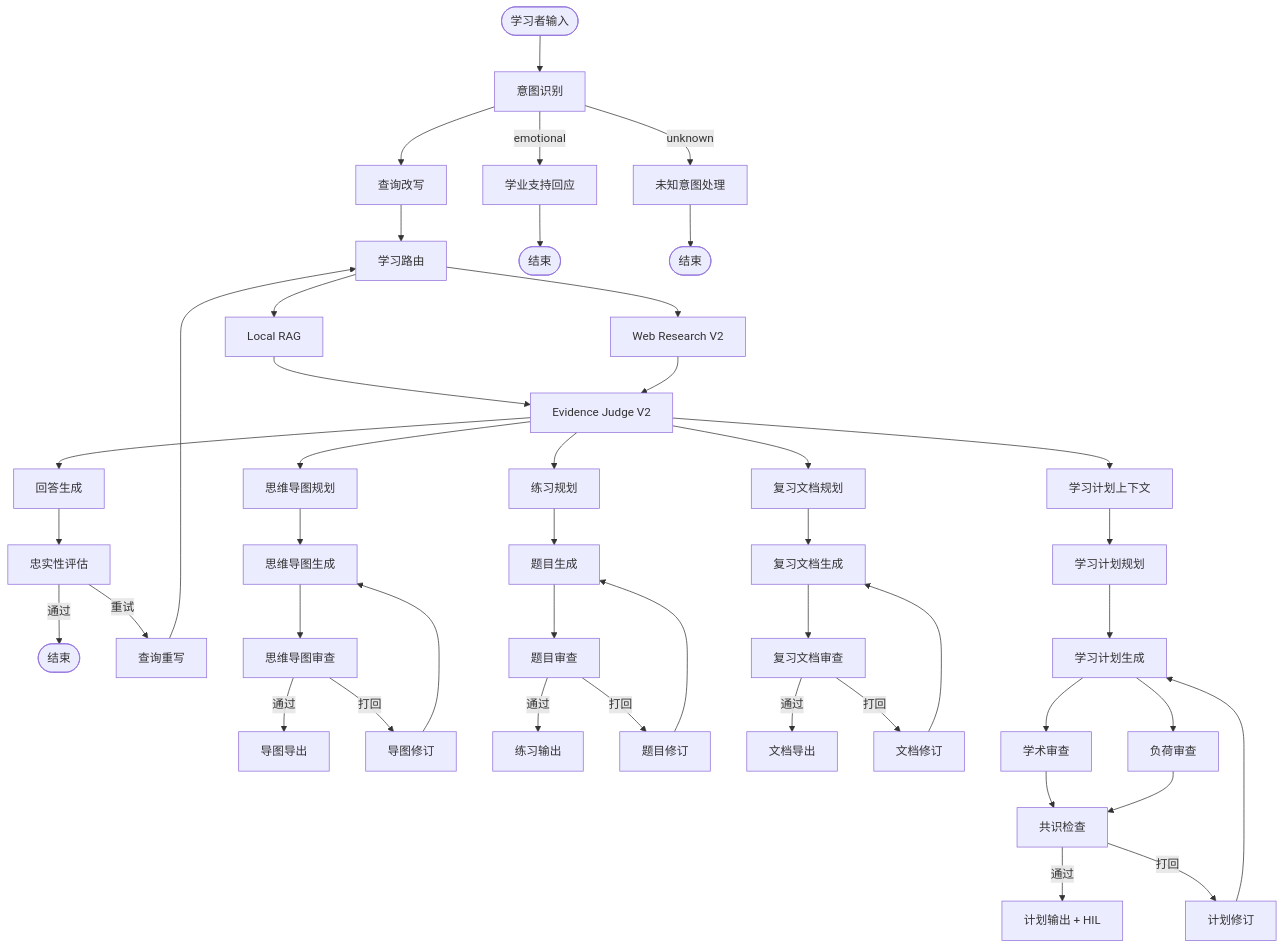
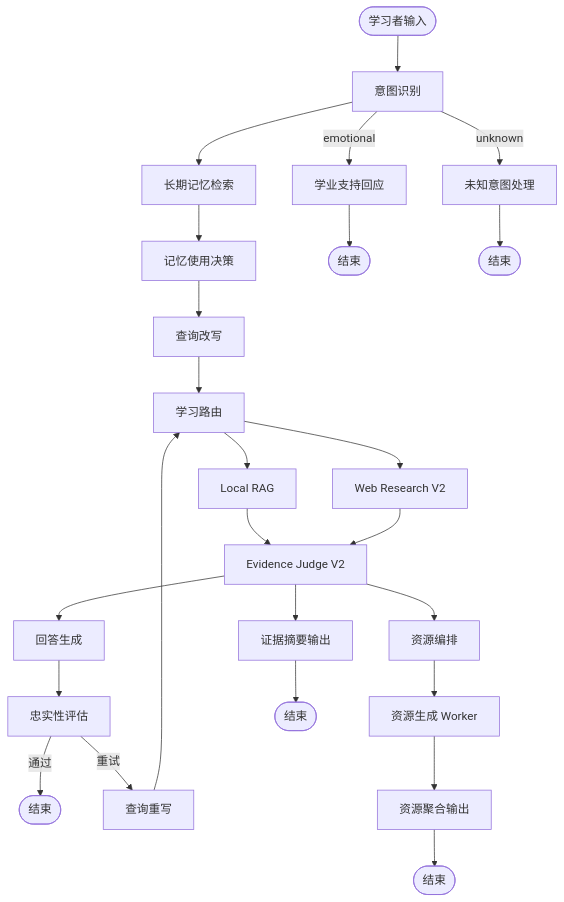
The diagram in README.md (kyle-1227/A3_study_agent), drawn with Mermaid before and after one commit. The commit also changed other lines of this file and 53 other files, not shown here.

````diff
--- a/README.md
+++ b/README.md
@@ -42,56 +42,33 @@
 ```mermaid
 graph TD
   START([学习者输入]) --> supervisor[意图识别]
 
-  supervisor --> search_query_rewriter[查询改写]
+  supervisor --> episodic_memory_retriever[长期记忆检索]
   supervisor -->|emotional| emotional_response[学业支持回应]
   supervisor -->|unknown| handle_unknown[未知意图处理]
 
+  episodic_memory_retriever --> memory_use_decider[记忆使用决策]
+  memory_use_decider --> search_query_rewriter[查询改写]
   search_query_rewriter --> academic_router[学习路由]
   academic_router --> rag_retrieve[Local RAG]
   academic_router --> web_search[Web Research V2]
   rag_retrieve --> evidence_judge[Evidence Judge V2]
   web_search --> evidence_judge
 
   evidence_judge --> generate_answer[回答生成]
-  evidence_judge --> mindmap_planner[思维导图规划]
-  evidence_judge --> exercise_planner[练习规划]
-  evidence_judge --> review_doc_planner[复习文档规划]
-  evidence_judge --> study_plan_emotional_intel[学习计划上下文]
+  evidence_judge --> resource_orchestrator[资源编排]
+  evidence_judge --> evidence_summary_output[证据摘要输出]
 
   generate_answer --> evaluate_hallucination[忠实性评估]
   evaluate_hallucination -->|通过| END_A([结束])
   evaluate_hallucination -->|重试| rewrite_query[查询重写]
   rewrite_query --> academic_router
 
-  mindmap_planner --> mindmap_agent[思维导图生成]
-  mindmap_agent --> mindmap_reviewer[思维导图审查]
-  mindmap_reviewer -->|通过| mindmap_output[导图导出]
-  mindmap_reviewer -->|打回| mindmap_rewrite[导图修订]
-  mindmap_rewrite --> mindmap_agent
-
-  exercise_planner --> exercise_agent[题目生成]
-  exercise_agent --> exercise_reviewer[题目审查]
-  exercise_reviewer -->|通过| exercise_output[练习输出]
-  exercise_reviewer -->|打回| exercise_rewrite[题目修订]
-  exercise_rewrite --> exercise_agent
-
-  review_doc_planner --> review_doc_agent[复习文档生成]
-  review_doc_agent --> review_doc_reviewer[复习文档审查]
-  review_doc_reviewer -->|通过| review_doc_output[文档导出]
-  review_doc_reviewer -->|打回| review_doc_rewrite[文档修订]
-  review_doc_rewrite --> review_doc_agent
-
-  study_plan_emotional_intel --> study_plan_planner[学习计划规划]
-  study_plan_planner --> study_plan_agent[学习计划生成]
-  study_plan_agent --> study_plan_reviewer_academic[学术审查]
-  study_plan_agent --> study_plan_reviewer_emotional[负荷审查]
-  study_plan_reviewer_academic --> study_plan_consensus[共识检查]
-  study_plan_reviewer_emotional --> study_plan_consensus
-  study_plan_consensus -->|通过| study_plan_output[计划输出 + HIL]
-  study_plan_consensus -->|打回| study_plan_rewrite[计划修订]
-  study_plan_rewrite --> study_plan_agent
+  resource_orchestrator --> resource_worker[资源生成 Worker]
+  resource_worker --> resource_bundle_output[资源聚合输出]
+  resource_bundle_output --> END_R([结束])
+  evidence_summary_output --> END_S([结束])
 
   emotional_response --> END_E([结束])
   handle_unknown --> END_U([结束])
 ```
````
